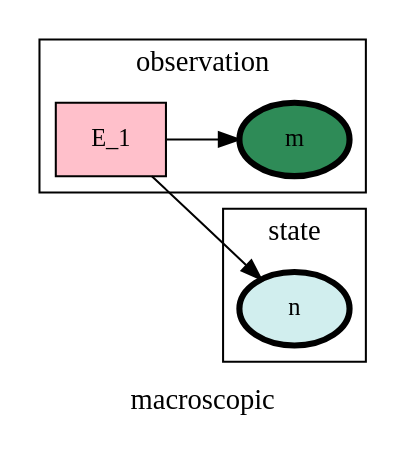
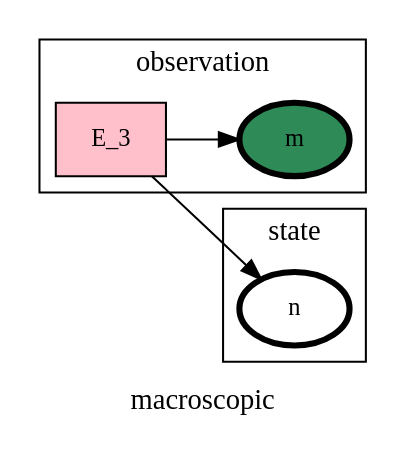
One commit to heinz-preisig/processes_distributed_no_interface_eqs changed the diagram in ontology_graphs/graph__macroscopic.dot. Above: the diagram before and after it, drawn with Graphviz. The commit also changed 43 other files, not shown here.

```diff
--- a/ontology_graphs/graph__macroscopic.dot
+++ b/ontology_graphs/graph__macroscopic.dot
@@ -1,84 +1,84 @@
 digraph macroscopic {
 label=macroscopic;
 rankdir=LR;
 subgraph cluster_macroscopic___transport {
 label=transport;
 rankdir=LR;
 }
 
 subgraph cluster_macroscopic___geometry {
 label=geometry;
 rankdir=LR;
 }
 
 subgraph cluster_macroscopic___properties {
 label=properties;
 rankdir=LR;
 }
 
 subgraph cluster_macroscopic___network {
 label=network;
 rankdir=LR;
 }
 
 subgraph cluster_macroscopic___differenceOperator {
 label=differenceOperator;
 rankdir=LR;
 }
 
 subgraph cluster_macroscopic___frame {
 label=frame;
 rankdir=LR;
 }
 
 subgraph cluster_macroscopic___state {
 label=state;
 rankdir=LR;
-V_1 [fillcolor=lightcyan2, fontsize=12, label=n, penwidth=3, style=filled];
+V_1 [fillcolor=white, fontsize=12, label=n, penwidth=3, style=filled];
 }
 
 subgraph cluster_macroscopic___constant {
 label=constant;
 rankdir=LR;
 }
 
 subgraph cluster_macroscopic___effort {
 label=effort;
 rankdir=LR;
 }
 
 subgraph cluster_macroscopic___secondaryState {
 label=secondaryState;
 rankdir=LR;
 }
 
 subgraph cluster_macroscopic___conversion {
 label=conversion;
 rankdir=LR;
 }
 
 subgraph cluster_macroscopic___diffState {
 label=diffState;
 rankdir=LR;
 }
 
 subgraph cluster_macroscopic___internalTransport {
 label=internalTransport;
 rankdir=LR;
 }
 
 subgraph cluster_macroscopic___controlInput {
 label=controlInput;
 rankdir=LR;
 }
 
-E_1 -> V_1  [splines=ortho];
+E_3 -> V_1  [splines=ortho];
 subgraph cluster_macroscopic___observation {
 label=observation;
 rankdir=LR;
-V_2 [fillcolor=seagreen, fontsize=12, label=m, penwidth=3, style=filled];
-E_1 [fillcolor=pink, fontsize=12, shape=box, style=filled];
-E_1 -> V_2  [splines=ortho];
+V_4 [fillcolor=seagreen, fontsize=12, label=m, penwidth=3, style=filled];
+E_3 [fillcolor=pink, fontsize=12, shape=box, style=filled];
+E_3 -> V_4  [splines=ortho];
 }
 
 }
```
